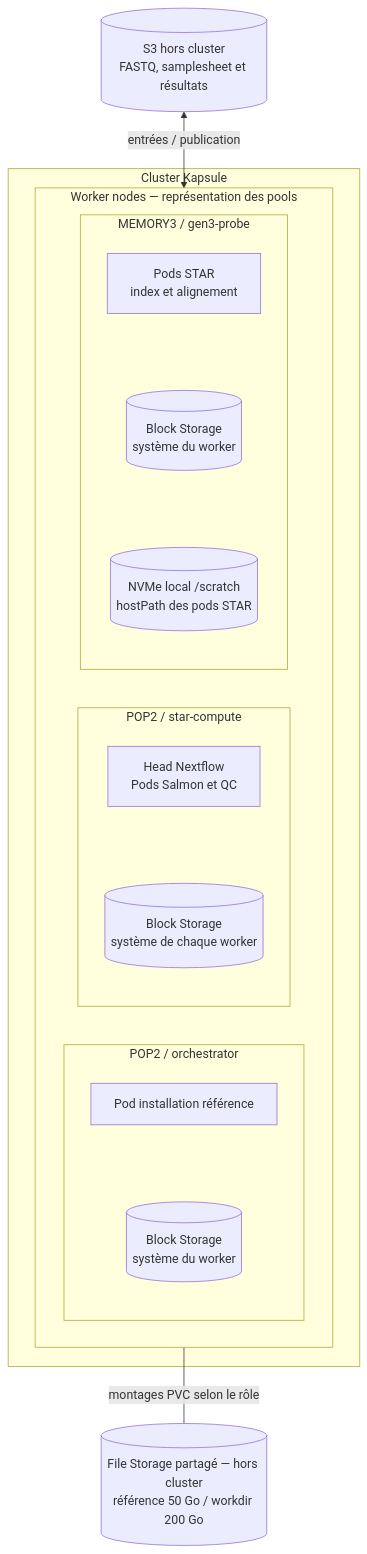
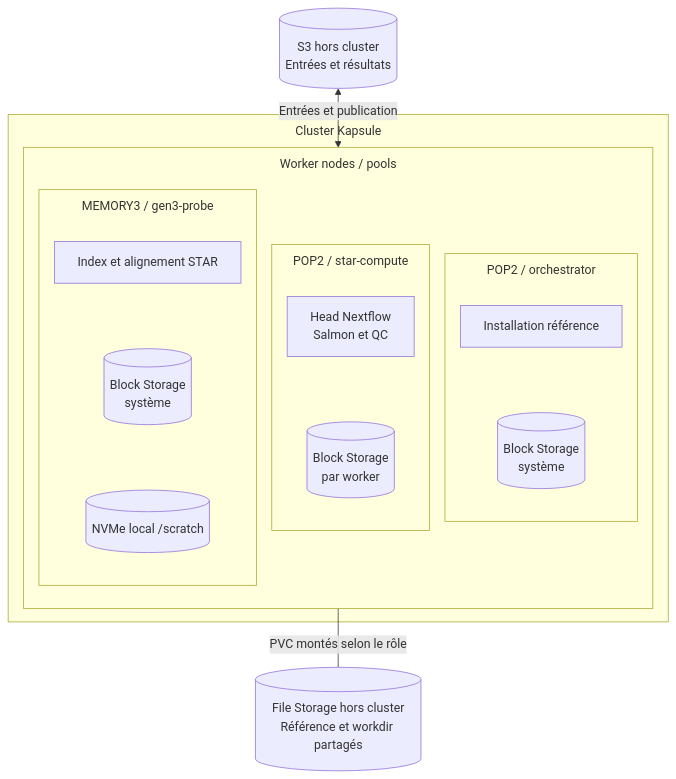
The diagram in README.md (fg-scw/genomic-scw-nextflow), drawn with Mermaid before and after one commit.

Commit message:
Match the selected grouped infrastructure diagram

````diff
--- a/README.md
+++ b/README.md
@@ -7,28 +7,34 @@
 ```mermaid
+%%{init: {"flowchart": {"nodeSpacing": 20, "rankSpacing": 35, "subGraphTitleMargin": {"top": 10, "bottom": 15}}}}%%
 flowchart TB
-  S3[("S3 hors cluster<br/>FASTQ, samplesheet et résultats")]
+  S3[("S3 hors cluster<br/>Entrées et résultats")]
+
   subgraph K["Cluster Kapsule"]
-    subgraph W["Worker nodes — représentation des pools"]
-      direction LR
+    subgraph W["Worker nodes / pools"]
+      direction TB
       subgraph O["POP2 / orchestrator"]
-        OP["Pod installation référence"]
-        OB[("Block Storage<br/>système du worker")]
+        direction TB
+        OP["Installation référence"]
+        OB[("Block Storage<br/>système")]
         OP ~~~ OB
       end
       subgraph P["POP2 / star-compute"]
-        PP["Head Nextflow<br/>Pods Salmon et QC"]
-        PB[("Block Storage<br/>système de chaque worker")]
+        direction TB
+        PP["Head Nextflow<br/>Salmon et QC"]
+        PB[("Block Storage<br/>par worker")]
         PP ~~~ PB
       end
       subgraph G["MEMORY3 / gen3-probe"]
-        GP["Pods STAR<br/>index et alignement"]
-        GB[("Block Storage<br/>système du worker")]
-        GN[("NVMe local /scratch<br/>hostPath des pods STAR")]
+        direction TB
+        GP["Index et alignement STAR"]
+        GB[("Block Storage<br/>système")]
+        GN[("NVMe local /scratch")]
         GP ~~~ GB ~~~ GN
       end
     end
   end
-  SFS[("File Storage partagé — hors cluster<br/>référence 50 Go / workdir 200 Go")]
-  S3 <-->|"entrées / publication"| W
-  W ---|"montages PVC selon le rôle"| SFS
+
+  SFS[("File Storage hors cluster<br/>Référence et workdir partagés")]
+  S3 <-->|Entrées et publication| W
+  W ---|PVC montés selon le rôle| SFS
 ```
````
